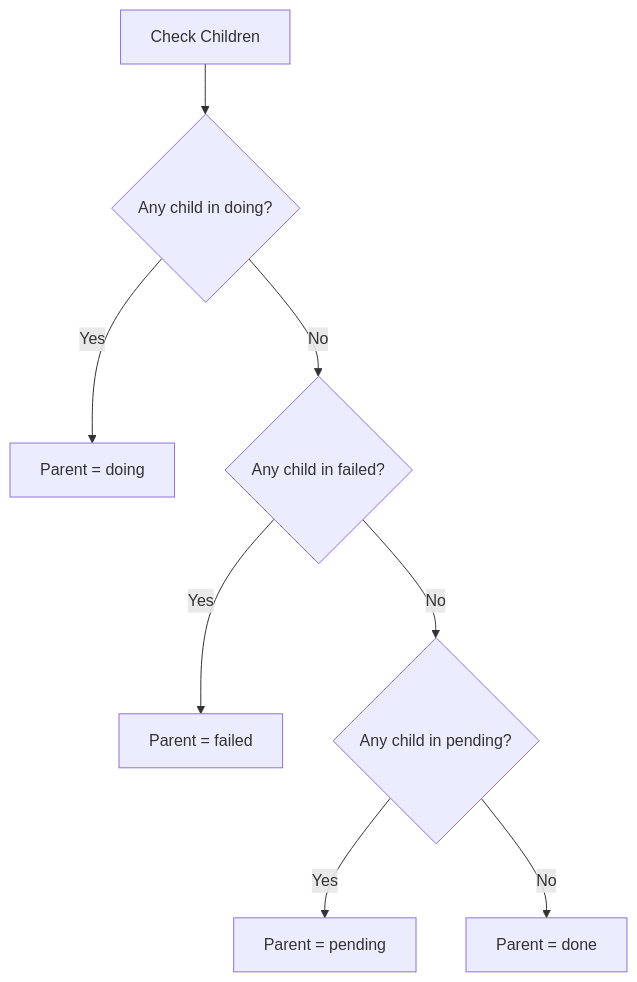
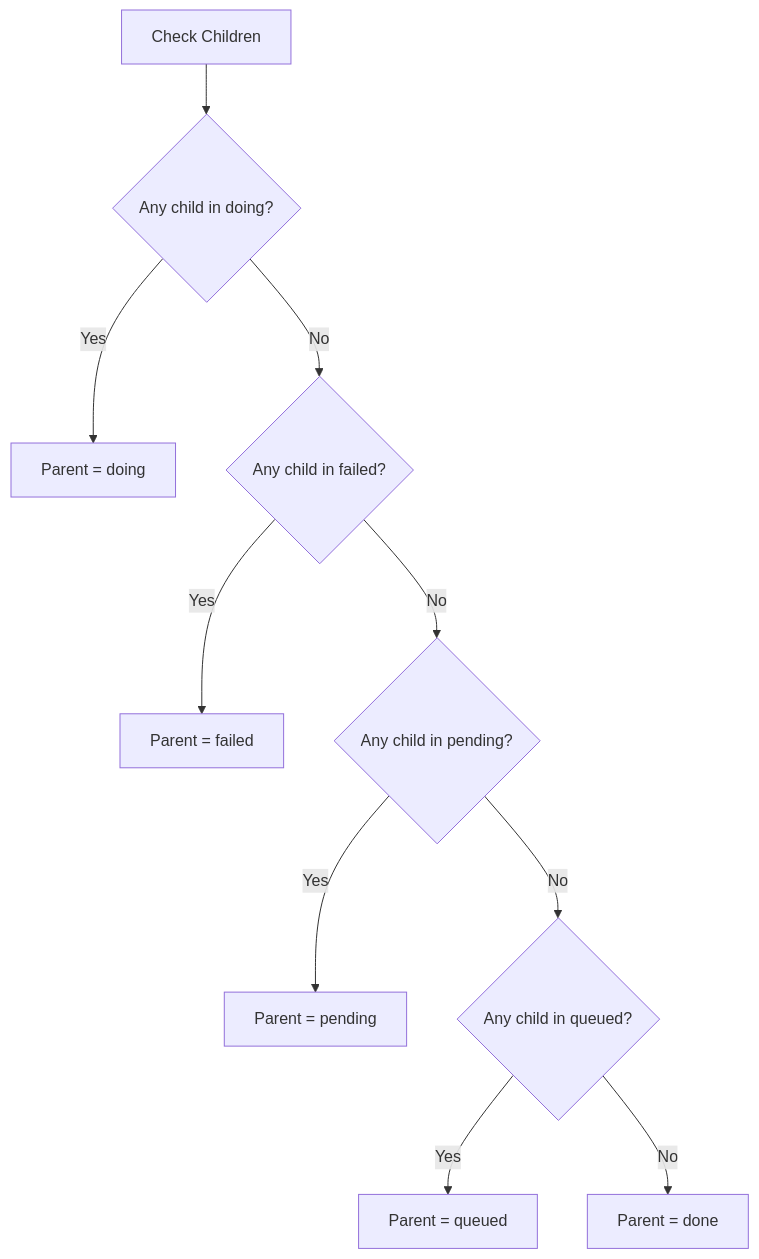
The third of 3 diagrams in .kiro/specs/fuse-task-filesystem/design.md (jonazri/task-fuse), drawn with Mermaid before and after one commit. The commit also changed other lines of this file and 2 other files, not shown here.

First line of the commit message:
docs(fuse-task-filesystem): Add queued status to task lifecycle

````diff
--- a/.kiro/specs/fuse-task-filesystem/design.md
+++ b/.kiro/specs/fuse-task-filesystem/design.md
@@ -360,10 +369,12 @@
 ```mermaid
 flowchart TD
     A[Check Children] --> B{Any child in doing?}
     B -->|Yes| C[Parent = doing]
     B -->|No| D{Any child in failed?}
     D -->|Yes| E[Parent = failed]
     D -->|No| F{Any child in pending?}
     F -->|Yes| G[Parent = pending]
-    F -->|No| H[Parent = done]
+    F -->|No| H{Any child in queued?}
+    H -->|Yes| I[Parent = queued]
+    H -->|No| J[Parent = done]
 ```
````
